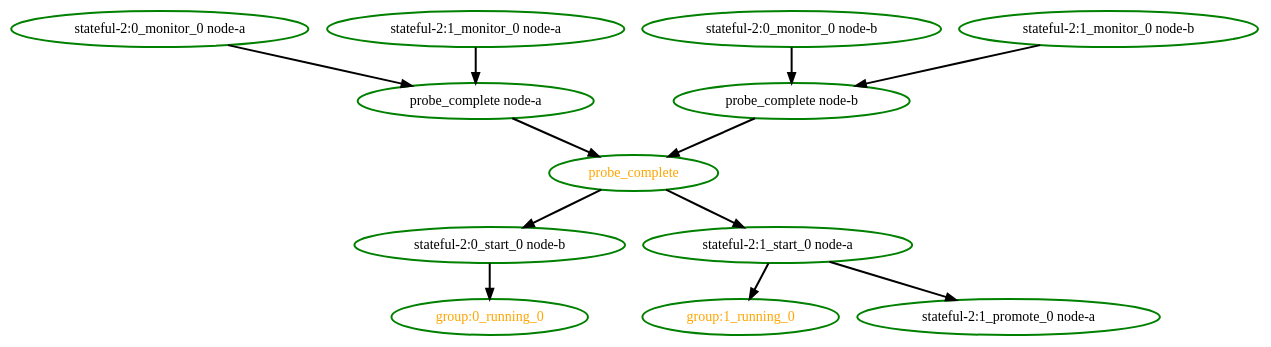
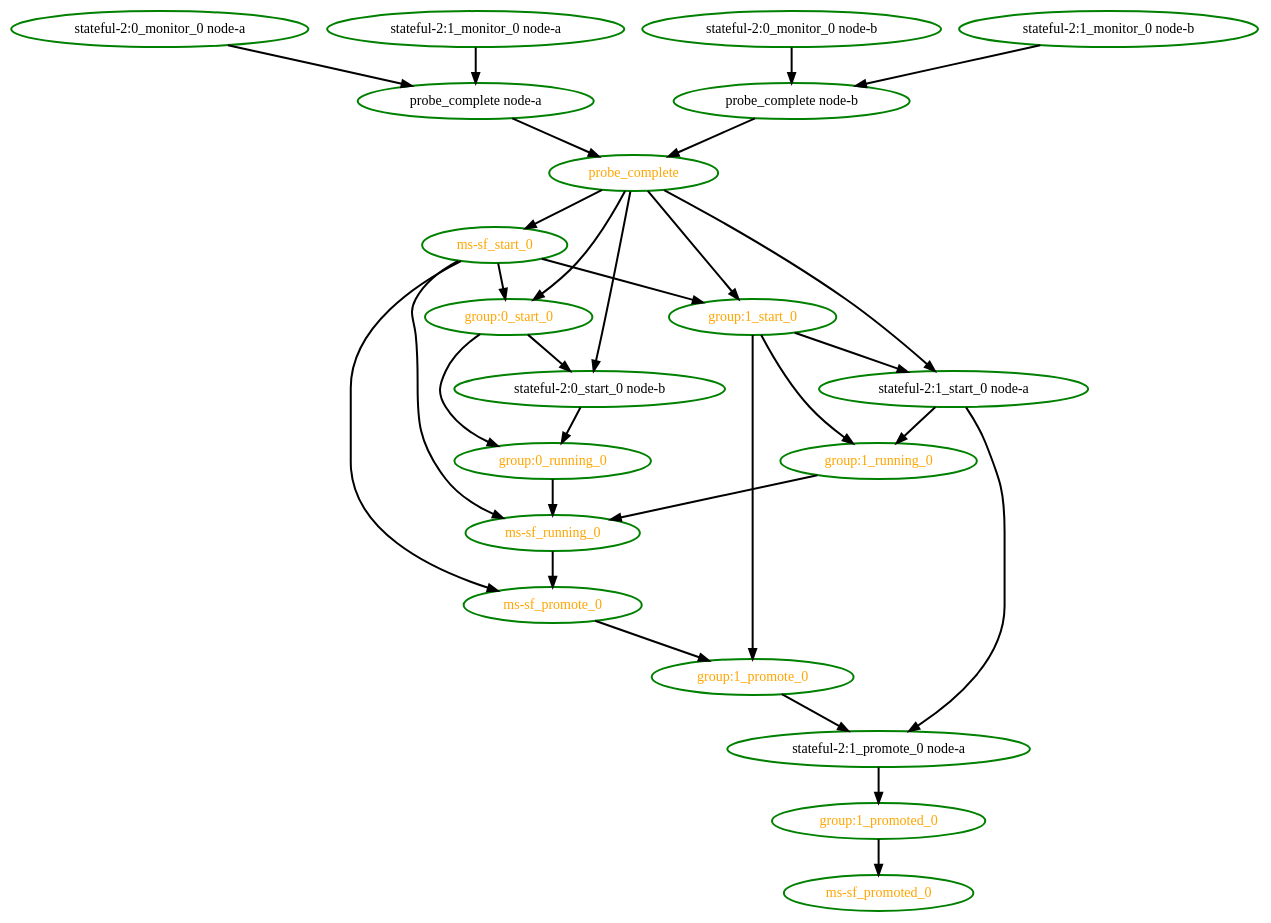
One commit to linux-ha-japan/pm_diskd changed the diagram in pengine/testcases/bug-pm-11.dot. Above: the diagram before and after it, drawn with Graphviz. The commit also changed 27 other files, not shown here.

```diff
--- a/pengine/testcases/bug-pm-11.dot
+++ b/pengine/testcases/bug-pm-11.dot
@@ -1,25 +1,52 @@
 digraph "g" {
+"group:0_running_0" -> "ms-sf_running_0" [ style = bold]
 "group:0_running_0" [ style=bold color="green" fontcolor="orange"  ]
+"group:0_start_0" -> "group:0_running_0" [ style = bold]
+"group:0_start_0" -> "stateful-2:0_start_0 node-b" [ style = bold]
+"group:0_start_0" [ style=bold color="green" fontcolor="orange"  ]
+"group:1_promote_0" -> "stateful-2:1_promote_0 node-a" [ style = bold]
+"group:1_promote_0" [ style=bold color="green" fontcolor="orange"  ]
+"group:1_promoted_0" -> "ms-sf_promoted_0" [ style = bold]
+"group:1_promoted_0" [ style=bold color="green" fontcolor="orange"  ]
+"group:1_running_0" -> "ms-sf_running_0" [ style = bold]
 "group:1_running_0" [ style=bold color="green" fontcolor="orange"  ]
+"group:1_start_0" -> "group:1_promote_0" [ style = bold]
+"group:1_start_0" -> "group:1_running_0" [ style = bold]
+"group:1_start_0" -> "stateful-2:1_start_0 node-a" [ style = bold]
+"group:1_start_0" [ style=bold color="green" fontcolor="orange"  ]
+"ms-sf_promote_0" -> "group:1_promote_0" [ style = bold]
+"ms-sf_promote_0" [ style=bold color="green" fontcolor="orange"  ]
+"ms-sf_promoted_0" [ style=bold color="green" fontcolor="orange"  ]
+"ms-sf_running_0" -> "ms-sf_promote_0" [ style = bold]
+"ms-sf_running_0" [ style=bold color="green" fontcolor="orange"  ]
+"ms-sf_start_0" -> "group:0_start_0" [ style = bold]
+"ms-sf_start_0" -> "group:1_start_0" [ style = bold]
+"ms-sf_start_0" -> "ms-sf_promote_0" [ style = bold]
+"ms-sf_start_0" -> "ms-sf_running_0" [ style = bold]
+"ms-sf_start_0" [ style=bold color="green" fontcolor="orange"  ]
 "probe_complete node-a" -> "probe_complete" [ style = bold]
 "probe_complete node-a" [ style=bold color="green" fontcolor="black"  ]
 "probe_complete node-b" -> "probe_complete" [ style = bold]
 "probe_complete node-b" [ style=bold color="green" fontcolor="black"  ]
+"probe_complete" -> "group:0_start_0" [ style = bold]
+"probe_complete" -> "group:1_start_0" [ style = bold]
+"probe_complete" -> "ms-sf_start_0" [ style = bold]
 "probe_complete" -> "stateful-2:0_start_0 node-b" [ style = bold]
 "probe_complete" -> "stateful-2:1_start_0 node-a" [ style = bold]
 "probe_complete" [ style=bold color="green" fontcolor="orange"  ]
 "stateful-2:0_monitor_0 node-a" -> "probe_complete node-a" [ style = bold]
 "stateful-2:0_monitor_0 node-a" [ style=bold color="green" fontcolor="black"  ]
 "stateful-2:0_monitor_0 node-b" -> "probe_complete node-b" [ style = bold]
 "stateful-2:0_monitor_0 node-b" [ style=bold color="green" fontcolor="black"  ]
 "stateful-2:0_start_0 node-b" -> "group:0_running_0" [ style = bold]
 "stateful-2:0_start_0 node-b" [ style=bold color="green" fontcolor="black"  ]
 "stateful-2:1_monitor_0 node-a" -> "probe_complete node-a" [ style = bold]
 "stateful-2:1_monitor_0 node-a" [ style=bold color="green" fontcolor="black"  ]
 "stateful-2:1_monitor_0 node-b" -> "probe_complete node-b" [ style = bold]
 "stateful-2:1_monitor_0 node-b" [ style=bold color="green" fontcolor="black"  ]
+"stateful-2:1_promote_0 node-a" -> "group:1_promoted_0" [ style = bold]
 "stateful-2:1_promote_0 node-a" [ style=bold color="green" fontcolor="black"  ]
 "stateful-2:1_start_0 node-a" -> "group:1_running_0" [ style = bold]
 "stateful-2:1_start_0 node-a" -> "stateful-2:1_promote_0 node-a" [ style = bold]
 "stateful-2:1_start_0 node-a" [ style=bold color="green" fontcolor="black"  ]
 }
```
